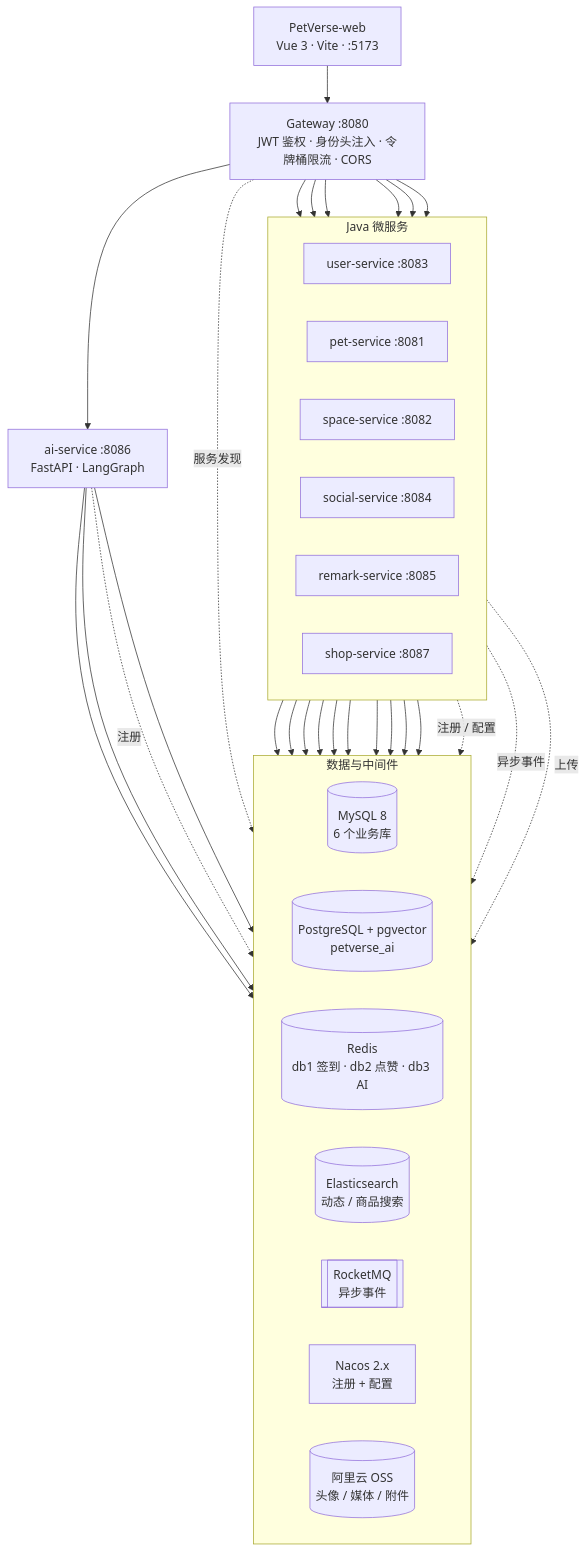
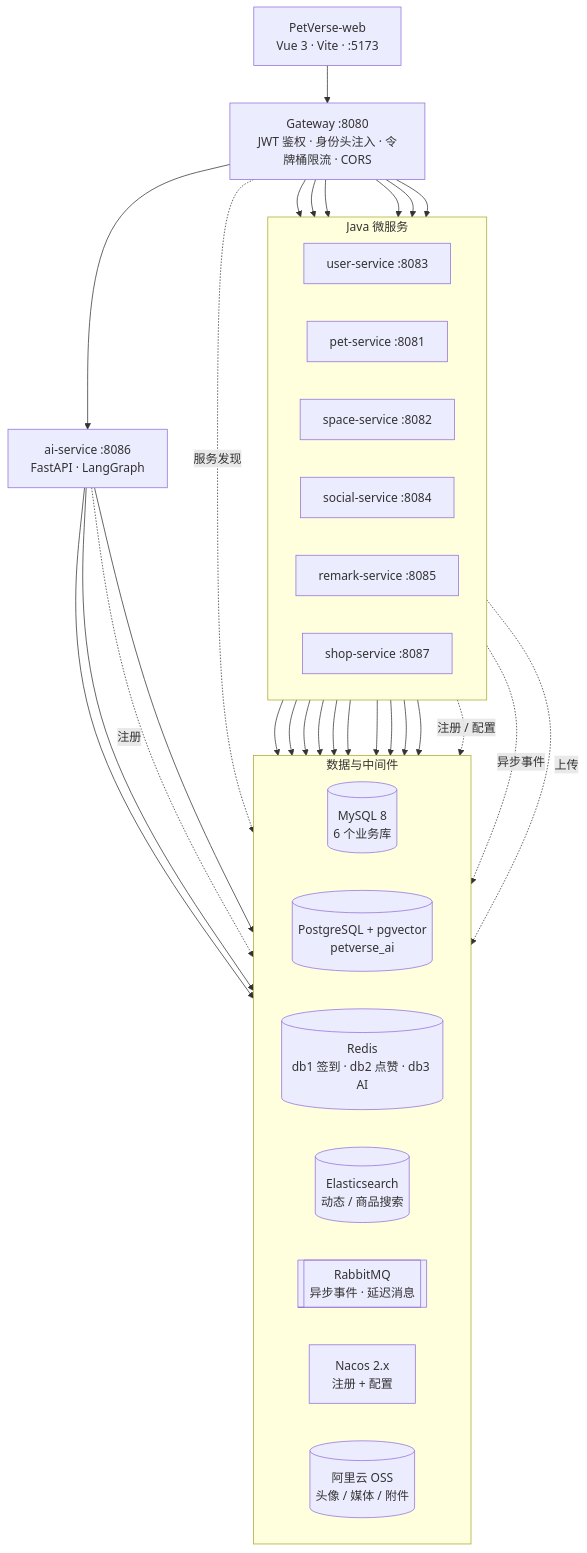
The diagram in README.md (jieHao333/PetVerse), drawn with Mermaid before and after one commit. The commit also changed other lines of this file and 32 other files, not shown here.

````diff
--- a/README.md
+++ b/README.md
@@ -51,59 +51,59 @@
 ```mermaid
 flowchart TB
     FE["PetVerse-web<br/>Vue 3 · Vite · :5173"]
     GW["Gateway :8080<br/>JWT 鉴权 · 身份头注入 · 令牌桶限流 · CORS"]
 
     subgraph SERVICES["Java 微服务"]
         direction LR
         USER["user-service :8083"]
         PET["pet-service :8081"]
         SPACE["space-service :8082"]
         SOCIAL["social-service :8084"]
         REMARK["remark-service :8085"]
         SHOP["shop-service :8087"]
     end
 
     AI["ai-service :8086<br/>FastAPI · LangGraph"]
 
     subgraph INFRA["数据与中间件"]
         direction LR
         MYSQL[("MySQL 8<br/>6 个业务库")]
         PG[("PostgreSQL + pgvector<br/>petverse_ai")]
         REDIS[("Redis<br/>db1 签到 · db2 点赞 · db3 AI")]
         ES[("Elasticsearch<br/>动态 / 商品搜索")]
-        MQ[["RocketMQ<br/>异步事件"]]
+        MQ[["RabbitMQ<br/>异步事件 · 延迟消息"]]
         NACOS["Nacos 2.x<br/>注册 + 配置"]
         OSS[("阿里云 OSS<br/>头像 / 媒体 / 附件")]
     end
 
     FE --> GW
 
     GW --> USER
     GW --> PET
     GW --> SPACE
     GW --> SOCIAL
     GW --> REMARK
     GW --> SHOP
     GW --> AI
 
     USER --> MYSQL
     PET --> MYSQL
     SPACE --> MYSQL
     SOCIAL --> MYSQL
     REMARK --> MYSQL
     SHOP --> MYSQL
 
     SPACE --> ES
     SHOP --> ES
     PET --> REDIS
     REMARK --> REDIS
     AI --> PG
     AI --> REDIS
 
     SERVICES -.注册 / 配置.-> NACOS
     GW -.服务发现.-> NACOS
     AI -.注册.-> NACOS
     SERVICES -.异步事件.-> MQ
     SERVICES -.上传.-> OSS
     AI --> OSS
 ```
````
